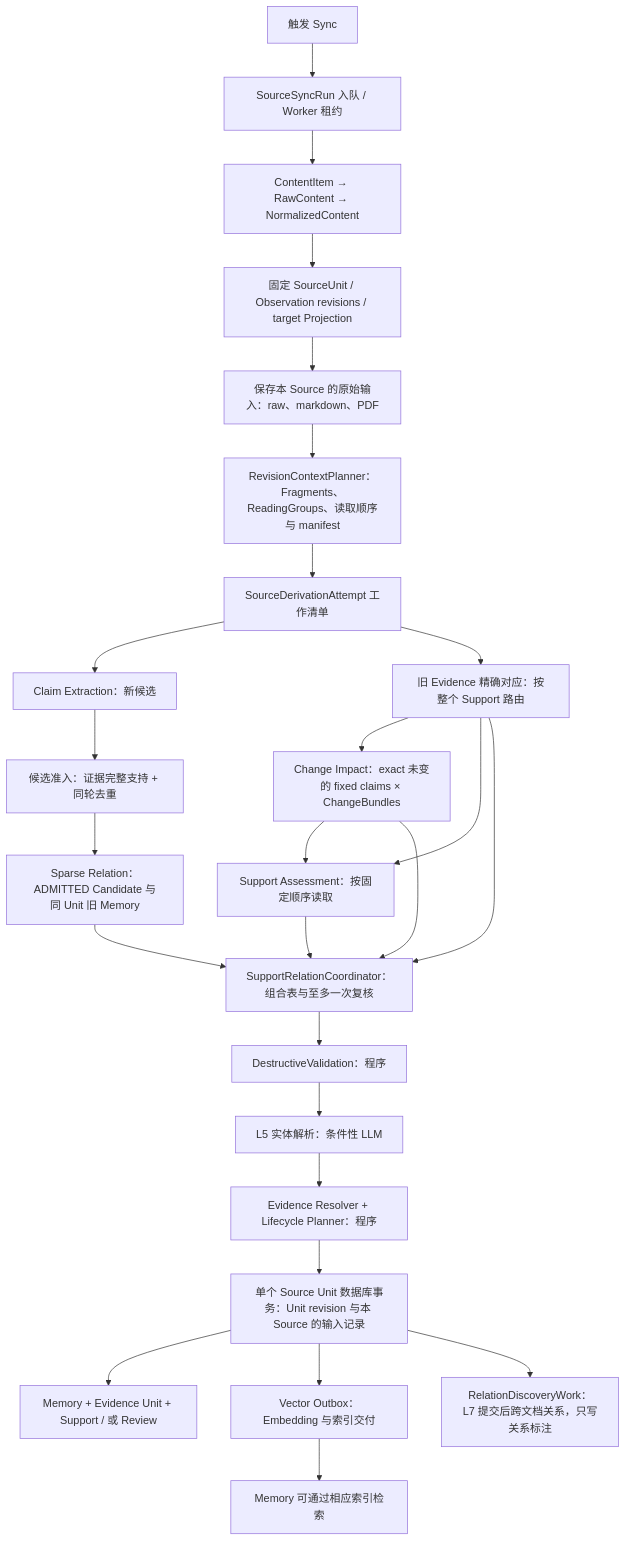
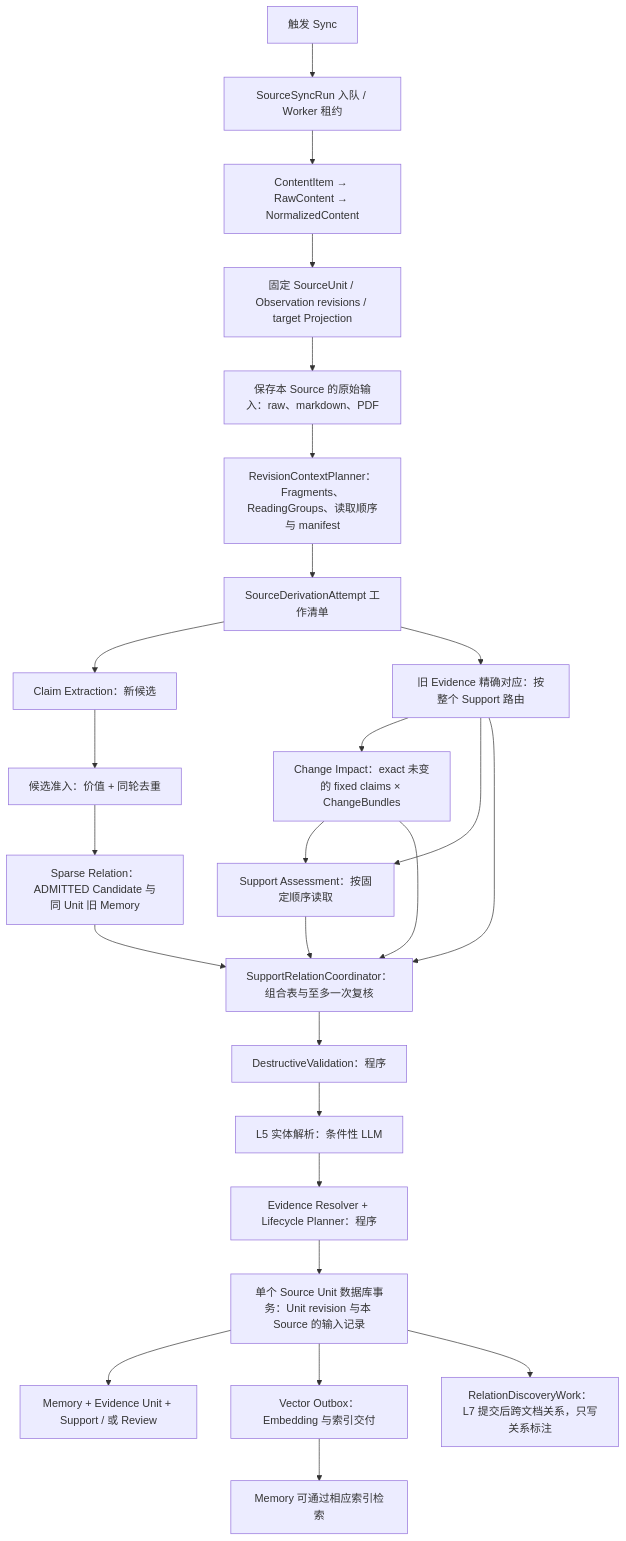
One commit to shno-labs/mem-forge changed the second of 2 diagrams in docs/design/source-sync-to-memory.md. Above: the diagram before and after it, drawn with Mermaid. The commit also changed other lines of this file and 24 other files, not shown here.

````diff
--- a/docs/design/source-sync-to-memory.md
+++ b/docs/design/source-sync-to-memory.md
@@ -621,28 +608,28 @@
 ```mermaid
 flowchart TD
     A[触发 Sync] --> B[SourceSyncRun 入队 / Worker 租约]
     B --> C[ContentItem → RawContent → NormalizedContent]
     C --> D[固定 SourceUnit / Observation revisions / target Projection]
     D --> W[保存本 Source 的原始输入：raw、markdown、PDF]
     W --> F[RevisionContextPlanner：Fragments、ReadingGroups、读取顺序与 manifest]
     F --> E[SourceDerivationAttempt 工作清单]
     E --> G[Claim Extraction：新候选]
-    G --> H[候选准入：证据完整支持 + 同轮去重]
+    G --> H[候选准入：价值 + 同轮去重]
     H --> J[Sparse Relation：ADMITTED Candidate 与同 Unit 旧 Memory]
     E --> S[旧 Evidence 精确对应：按整个 Support 路由]
     S --> X[Change Impact：exact 未变的 fixed claims × ChangeBundles]
     S --> I[Support Assessment：按固定顺序读取]
     X --> I
     X --> K[SupportRelationCoordinator：组合表与至多一次复核]
     S --> K
     I --> K
     J --> K
     K --> V[DestructiveValidation：程序]
     V --> L[L5 实体解析：条件性 LLM]
     L --> M[Evidence Resolver + Lifecycle Planner：程序]
     M --> N[单个 Source Unit 数据库事务：Unit revision 与本 Source 的输入记录]
     N --> O[Memory + Evidence Unit + Support / 或 Review]
     N --> P[Vector Outbox：Embedding 与索引交付]
     N --> Q[RelationDiscoveryWork：L7 提交后跨文档关系，只写关系标注]
     P --> R[Memory 可通过相应索引检索]
 ```
````
